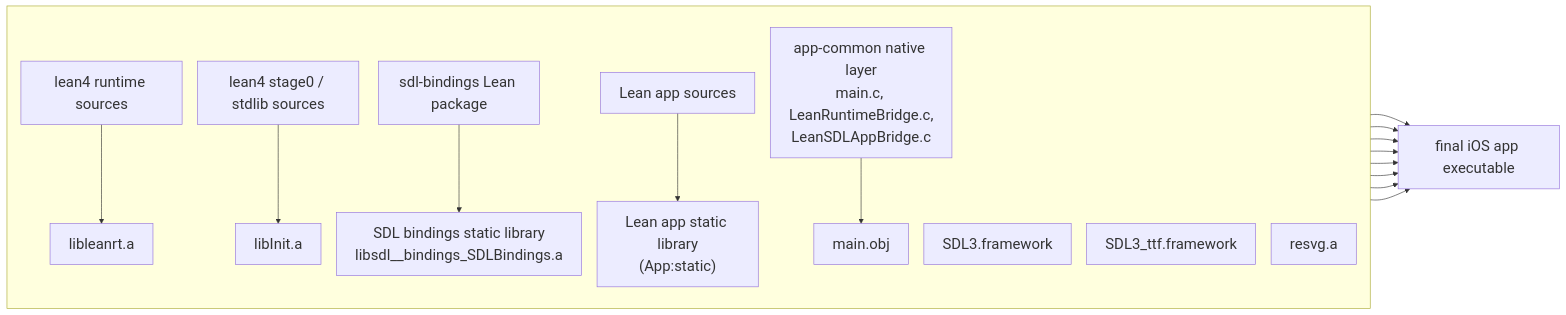
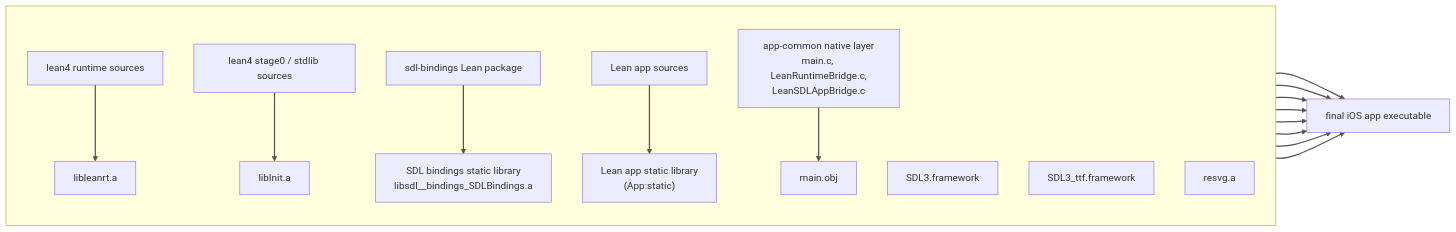
The diagram in docs/architecture.md (paulcadman/lean4-ios), drawn with Mermaid before and after one commit.

````diff
--- a/docs/architecture.md
+++ b/docs/architecture.md
@@ -3,45 +3,38 @@
 ```mermaid
-%%{init: {
-  "flowchart": { "useMaxWidth": true, "nodeSpacing": 25, "rankSpacing": 45 },
-  "themeVariables": {
-    "fontSize": "24px",
-    "primaryTextColor": "#111111",
-    "lineColor": "#333333"
-  }
-}}%%
-
 flowchart LR
   subgraph Left[" "]
     direction TB
     RuntimeSrc["lean4 runtime sources"]
     RuntimeLib["libleanrt.a"]
     Stage0Src["lean4 stage0 / stdlib sources"]
     InitLib["libInit.a"]
     SDLBindingsLean["sdl-bindings Lean package"]
     SDLBindingsLib["SDL bindings static library\nlibsdl__bindings_SDLBindings.a"]
     LeanSources["Lean app sources"]
     AppStatic["Lean app static library\n(App:static)"]
     CommonNative["app-common native layer\nmain.c, LeanRuntimeBridge.c,\nLeanSDLAppBridge.c"]
 		CommonNativeObj["main.obj"]
     SDL3["SDL3.framework"]
     SDLTTF["SDL3_ttf.framework"]
     Resvg["resvg.a"]
   end
 
   Final["final iOS app executable"]
 
   RuntimeSrc --> RuntimeLib
   Stage0Src --> InitLib
   SDLBindingsLean --> SDLBindingsLib
   LeanSources --> AppStatic
 	CommonNative --> CommonNativeObj
 
   RuntimeLib --> Final
   InitLib --> Final
   SDLBindingsLib --> Final
   AppStatic --> Final
   CommonNativeObj --> Final
   SDL3 --> Final
   SDLTTF --> Final
   Resvg --> Final
+
+  linkStyle default stroke:#555555,color:#555555,stroke-width:2px;
 ```
````
